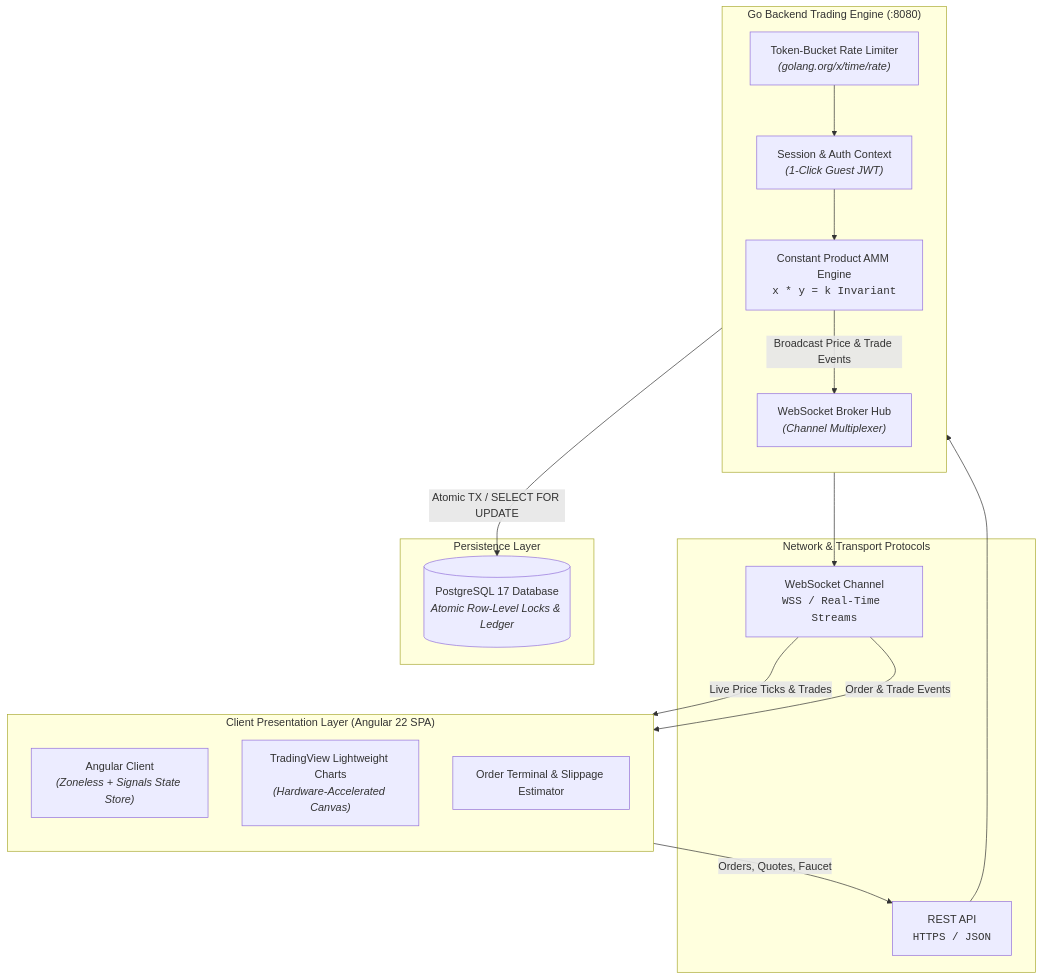
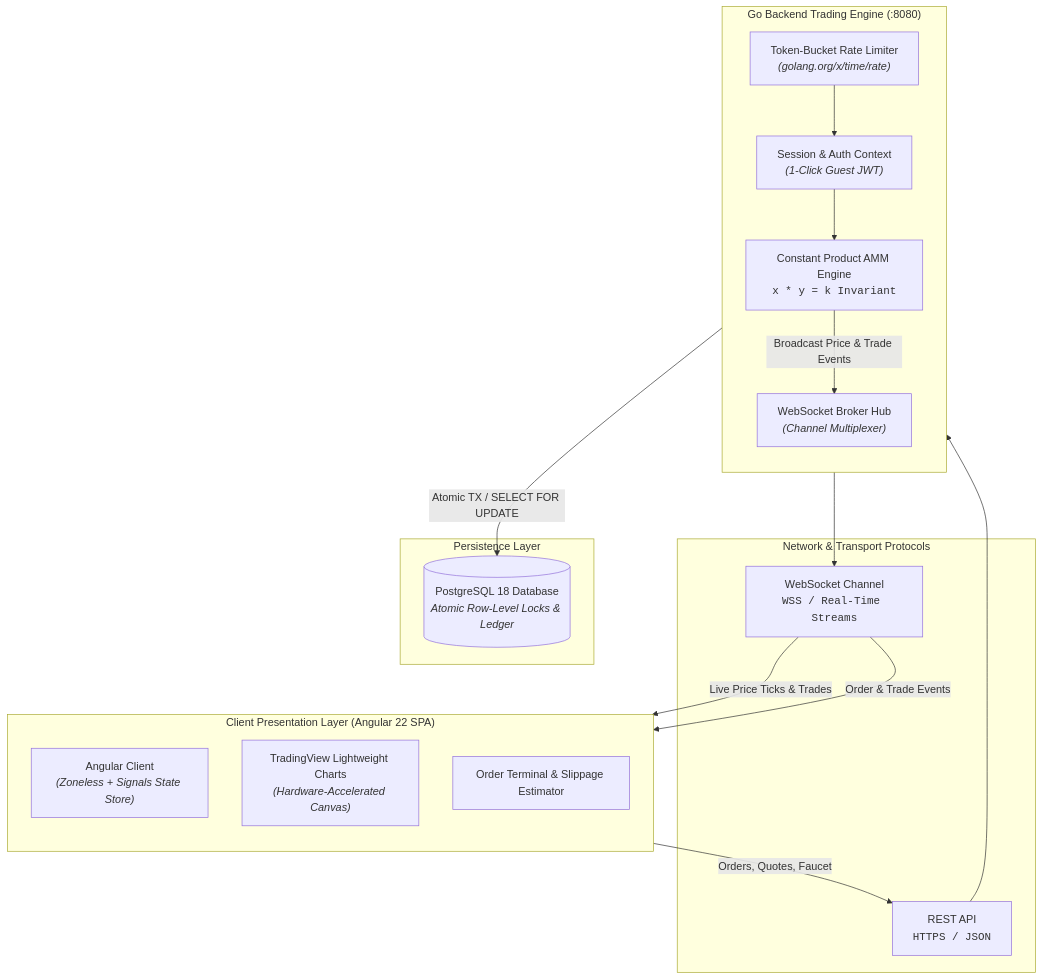
The diagram in README.md (Avinaba-Mazumdar/bayes-market), drawn with Mermaid before and after one commit. The commit also changed 3 other files, not shown here.

````diff
--- a/README.md
+++ b/README.md
@@ -26,41 +26,41 @@
 ```mermaid
 flowchart TB
     subgraph Client ["Client Presentation Layer (Angular 22 SPA)"]
         direction TB
         UI["Angular Client<br/><i>(Zoneless + Signals State Store)</i>"]
         TV["TradingView Lightweight Charts<br/><i>(Hardware-Accelerated Canvas)</i>"]
         Terminal["Order Terminal & Slippage Estimator"]
     end
 
     subgraph Transport ["Network & Transport Protocols"]
         REST["REST API<br/><code>HTTPS / JSON</code>"]
         WS["WebSocket Channel<br/><code>WSS / Real-Time Streams</code>"]
     end
 
     subgraph Backend ["Go Backend Trading Engine (:8080)"]
         direction TB
         RL["Token-Bucket Rate Limiter<br/><i>(golang.org/x/time/rate)</i>"]
         AUTH["Session & Auth Context<br/><i>(1-Click Guest JWT)</i>"]
         AMM["Constant Product AMM Engine<br/><code>x * y = k Invariant</code>"]
         WSHub["WebSocket Broker Hub<br/><i>(Channel Multiplexer)</i>"]
     end
 
     subgraph Storage ["Persistence Layer"]
-        DB[("PostgreSQL 17 Database<br/><i>Atomic Row-Level Locks & Ledger</i>")]
+        DB[("PostgreSQL 18 Database<br/><i>Atomic Row-Level Locks & Ledger</i>")]
     end
 
     %% Client Interactions
     UI -->|Orders, Quotes, Faucet| REST
     REST --> RL
     RL --> AUTH
     AUTH --> AMM
 
     %% Engine Execution & Persistence
     AMM -->|Atomic TX / SELECT FOR UPDATE| DB
     AMM -->|Broadcast Price & Trade Events| WSHub
 
     %% Real-Time WebSocket Streaming
     WSHub --> WS
     WS -->|Live Price Ticks & Trades| TV
     WS -->|Order & Trade Events| UI
 ```
````
